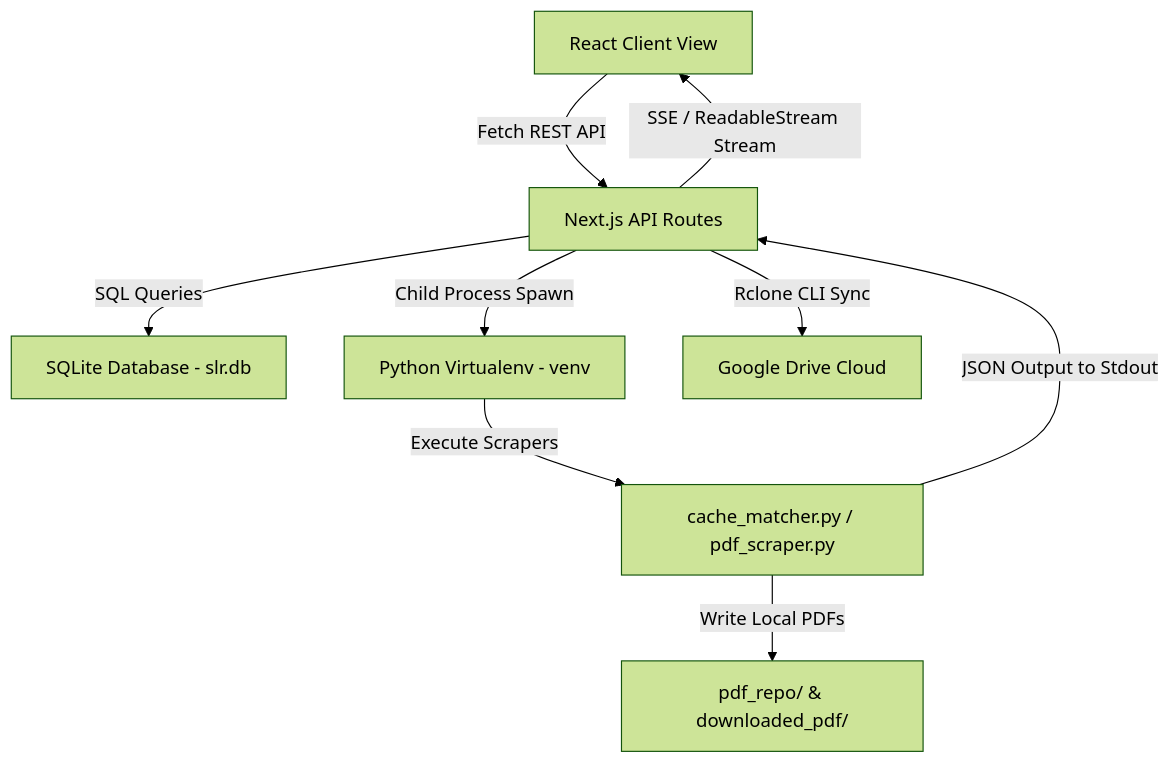
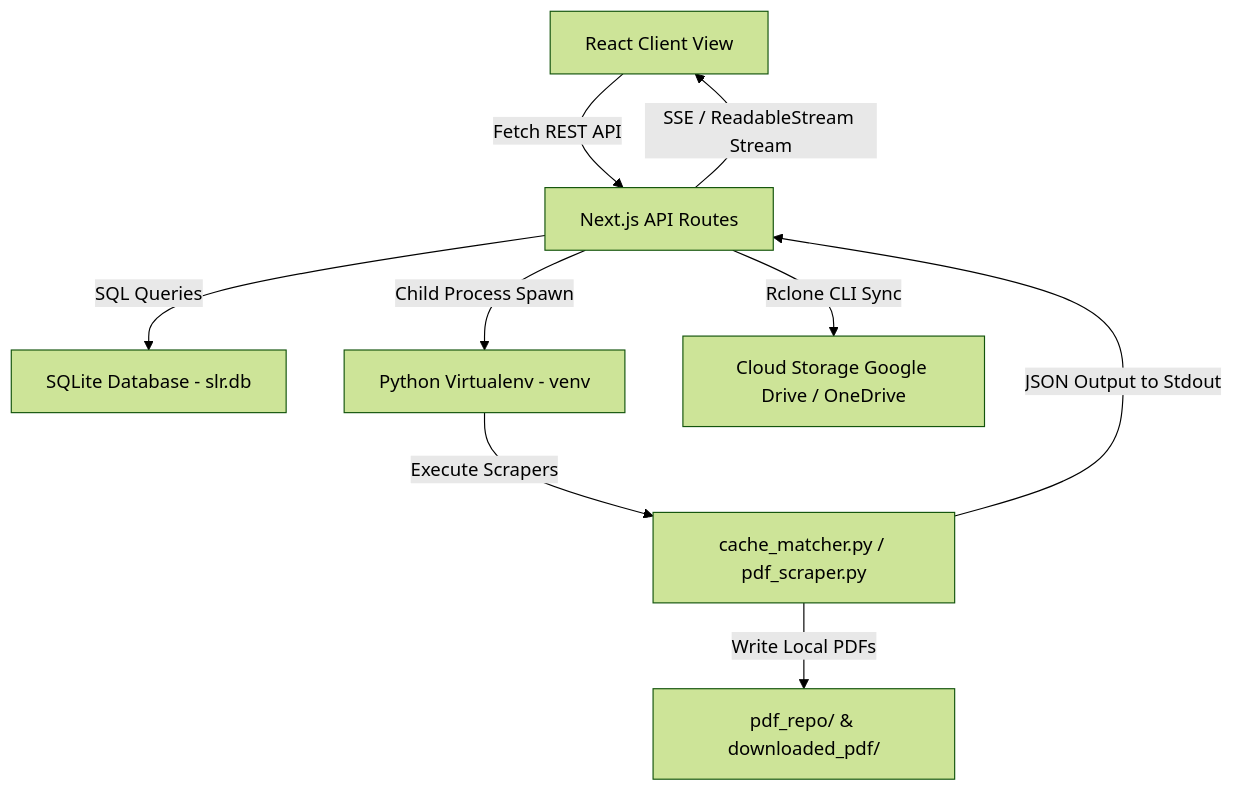
The diagram in slr-ide/architecture.md (iwas108/SLR-Magic), drawn with Mermaid (forest theme) before and after one commit. The commit also changed other lines of this file and 39 other files, not shown here.

````diff
--- a/slr-ide/architecture.md
+++ b/slr-ide/architecture.md
@@ -28,11 +28,11 @@
 ```mermaid
 graph TD
     A[React Client View] -->|Fetch REST API| B[Next.js API Routes]
     B -->|SQL Queries| C[SQLite Database - slr.db]
     B -->|Child Process Spawn| D[Python Virtualenv - venv]
     D -->|Execute Scrapers| E[cache_matcher.py / pdf_scraper.py]
     E -->|JSON Output to Stdout| B
     B -->|SSE / ReadableStream Stream| A
     E -->|Write Local PDFs| F[pdf_repo/ & downloaded_pdf/]
-    B -->|Rclone CLI Sync| G[Google Drive Cloud]
+    B -->|Rclone CLI Sync| G[Cloud Storage Google Drive / OneDrive]
 ```
````
